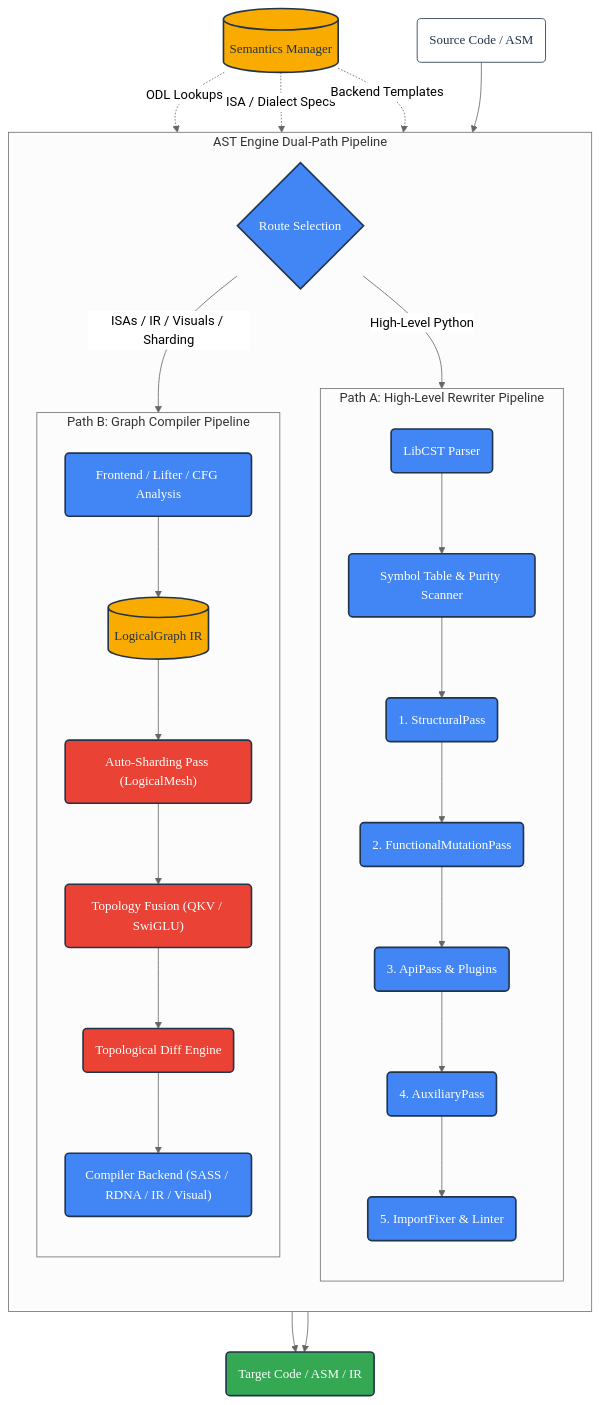
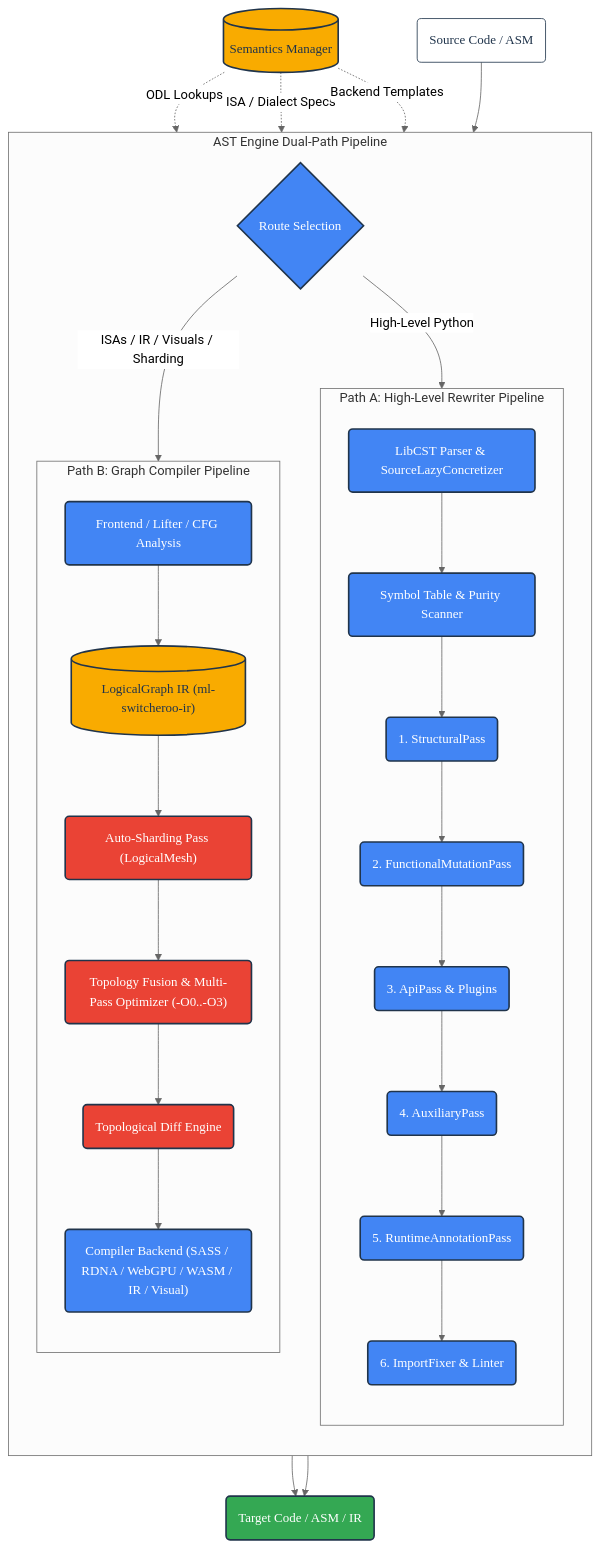
One commit to SamuelMarks/ml-switcheroo changed the second of 3 diagrams in ARCHITECTURE.md. Above: the diagram before and after it, drawn with Mermaid (neutral theme). The commit also changed other lines of this file and 139 other files, not shown here.

````diff
--- a/ARCHITECTURE.md
+++ b/ARCHITECTURE.md
@@ -111,59 +111,60 @@
 ```mermaid
 graph TD
     %% --- STYLE DEFINITIONS ---
     classDef default font-family:'Google Sans Normal',color:#20344b,stroke:#20344b;
     classDef artifact fill:#ffffff,stroke:#20344b,stroke-width:1px,color:#20344b,font-family:'Roboto Mono Normal',stroke-dasharray: 0;
     classDef process fill:#4285f4,stroke:#20344b,stroke-width:2px,color:#ffffff,font-family:'Google Sans Medium',rx:5px;
     classDef optimization fill:#ea4335,stroke:#20344b,stroke-width:2px,color:#ffffff,font-family:'Google Sans Medium',rx:5px;
     classDef kb fill:#f9ab00,stroke:#20344b,stroke-width:2px,color:#20344b,font-family:'Google Sans Medium',rx:5px;
     classDef plugin fill:#57caff,stroke:#20344b,stroke-width:2px,color:#20344b,font-family:'Google Sans Medium',rx:5px;
     classDef output fill:#34a853,stroke:#20344b,stroke-width:2px,color:#ffffff,font-family:'Google Sans Medium',rx:5px;
 
     SRC("Source Code / ASM"):::artifact
 
     subgraph ENGINE [AST Engine Dual-Path Pipeline]
         direction TB
         ROUTE{"Route Selection"}:::process
 
         %% --- REWRITER PATH ---
         subgraph REWRITER_ROUTE [Path A: High-Level Rewriter Pipeline]
             direction TB
-            LIBCST("LibCST Parser"):::process
+            LIBCST("LibCST Parser & SourceLazyConcretizer"):::process
             SYMBOLS("Symbol Table & Purity Scanner"):::process
             PASS_STRUCT("1. StructuralPass"):::process
             PASS_MUT("2. FunctionalMutationPass"):::process
             PASS_API("3. ApiPass & Plugins"):::process
             PASS_AUX("4. AuxiliaryPass"):::process
-            FIXER("5. ImportFixer & Linter"):::process
+            PASS_RT("5. RuntimeAnnotationPass"):::process
+            FIXER("6. ImportFixer & Linter"):::process
 
-            LIBCST --> SYMBOLS --> PASS_STRUCT --> PASS_MUT --> PASS_API --> PASS_AUX --> FIXER
+            LIBCST --> SYMBOLS --> PASS_STRUCT --> PASS_MUT --> PASS_API --> PASS_AUX --> PASS_RT --> FIXER
         end
 
         %% --- COMPILER PATH ---
         subgraph COMPILER_ROUTE [Path B: Graph Compiler Pipeline]
             direction TB
             FRONTEND("Frontend / Lifter / CFG Analysis"):::process
-            GRAPH[("LogicalGraph IR")]:::kb
+            GRAPH[("LogicalGraph IR (ml-switcheroo-ir)")]:::kb
             SHARDING("Auto-Sharding Pass (LogicalMesh)"):::optimization
-            FUSION("Topology Fusion (QKV / SwiGLU)"):::optimization
+            FUSION("Topology Fusion & Multi-Pass Optimizer (-O0..-O3)"):::optimization
             DIFFER("Topological Diff Engine"):::optimization
-            BACKEND("Compiler Backend (SASS / RDNA / IR / Visual)"):::process
+            BACKEND("Compiler Backend (SASS / RDNA / WebGPU / WASM / IR / Visual)"):::process
 
             FRONTEND --> GRAPH --> SHARDING --> FUSION --> DIFFER --> BACKEND
         end
 
         ROUTE -->|"High-Level Python"| REWRITER_ROUTE
         ROUTE -->|"ISAs / IR / Visuals / Sharding"| COMPILER_ROUTE
     end
 
     KB_SERVER[("Semantics Manager")]:::kb
     KB_SERVER -.->|"ODL Lookups"| PASS_API
     KB_SERVER -.->|"ISA / Dialect Specs"| FRONTEND
     KB_SERVER -.->|"Backend Templates"| BACKEND
 
     TARGET_OUT("Target Code / ASM / IR"):::output
 
     SRC --> ROUTE
     FIXER --> TARGET_OUT
     BACKEND --> TARGET_OUT
 ```
````
